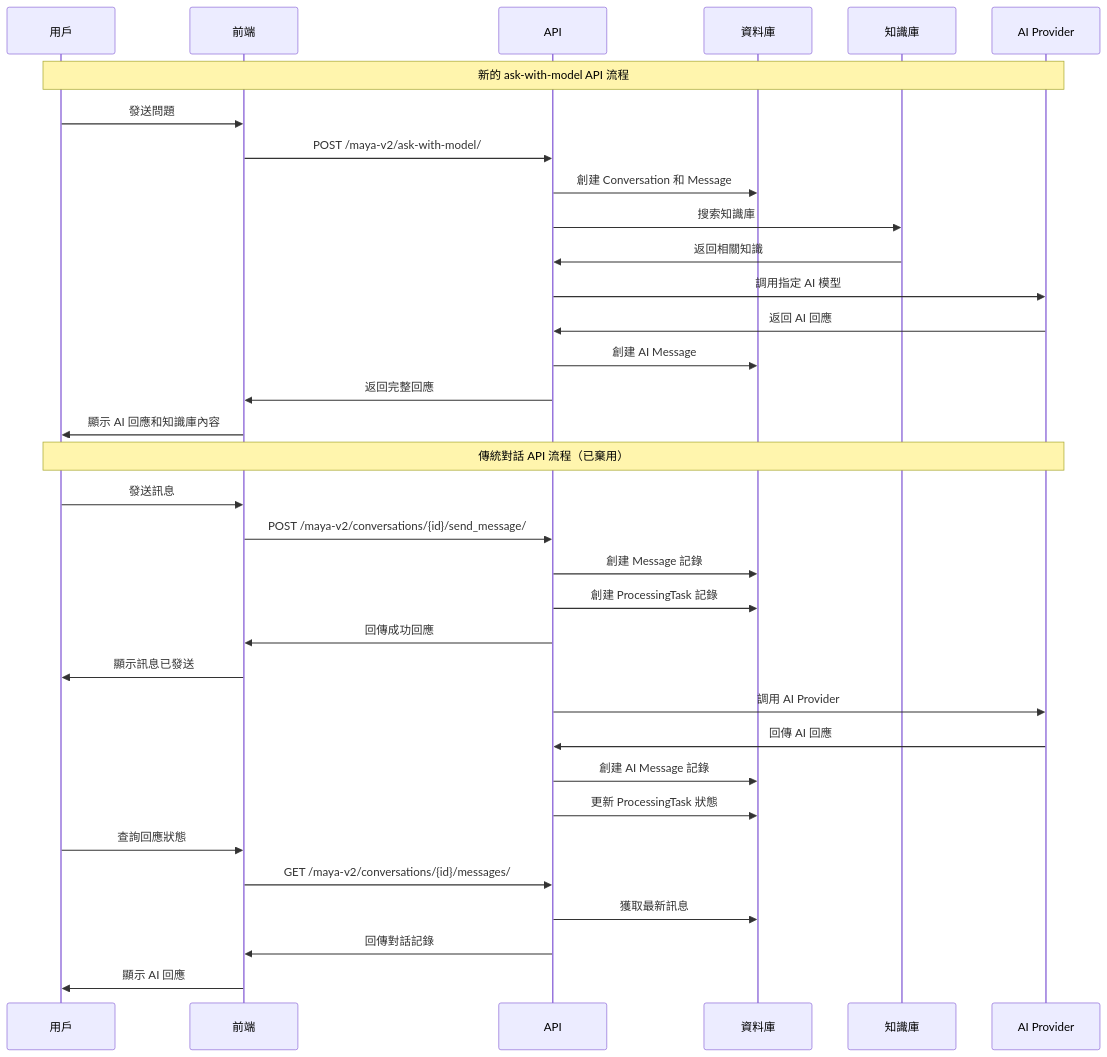
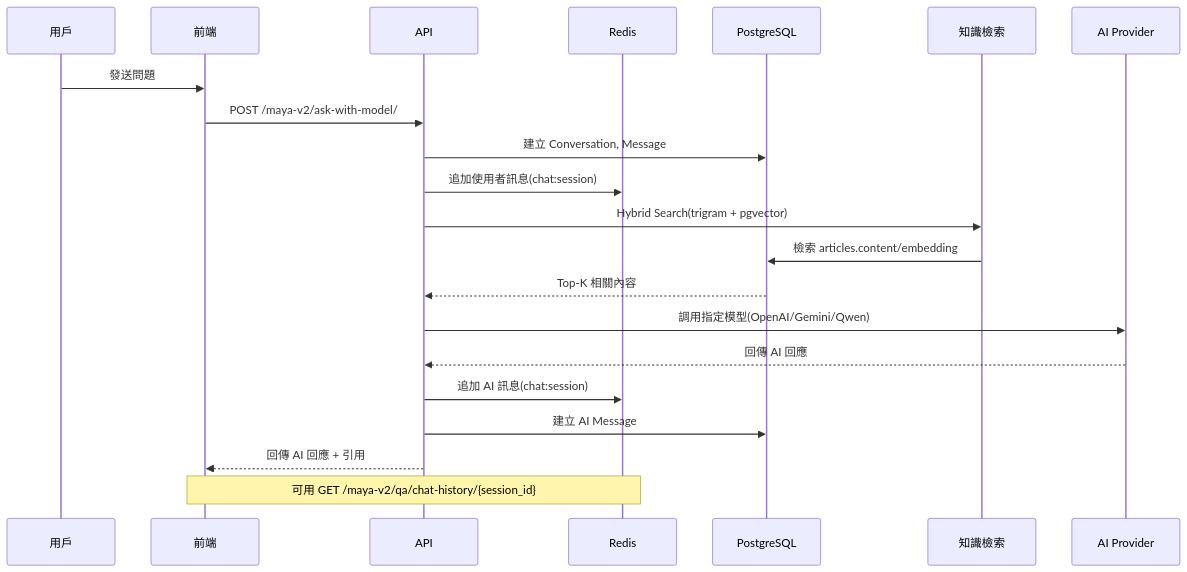
The second of 2 diagrams in README.md (Vinskao/maya-sawa-v2), drawn with Mermaid before and after one commit. The commit also changed other lines of this file, not shown here.

````diff
--- a/README.md
+++ b/README.md
@@ -217,42 +71,25 @@
 ```mermaid
 sequenceDiagram
     participant U as 用戶
     participant F as 前端
     participant A as API
-    participant DB as 資料庫
-    participant KM as 知識庫
+    participant R as Redis
+    participant DB as PostgreSQL
+    participant KM as 知識檢索
     participant AI as AI Provider
-    
-    Note over U,AI: 新的 ask-with-model API 流程
-    
+
     U->>F: 發送問題
     F->>A: POST /maya-v2/ask-with-model/
-    A->>DB: 創建 Conversation 和 Message
-    A->>KM: 搜索知識庫
-    KM->>A: 返回相關知識
-    A->>AI: 調用指定 AI 模型
-    AI->>A: 返回 AI 回應
-    A->>DB: 創建 AI Message
-    A->>F: 返回完整回應
-    F->>U: 顯示 AI 回應和知識庫內容
-    
-    Note over U,AI: 傳統對話 API 流程（已棄用）
-    
-    U->>F: 發送訊息
-    F->>A: POST /maya-v2/conversations/{id}/send_message/
-    A->>DB: 創建 Message 記錄
-    A->>DB: 創建 ProcessingTask 記錄
-    A->>F: 回傳成功回應
-    F->>U: 顯示訊息已發送
-    
-    A->>AI: 調用 AI Provider
-    AI->>A: 回傳 AI 回應
-    A->>DB: 創建 AI Message 記錄
-    A->>DB: 更新 ProcessingTask 狀態
-    
-    U->>F: 查詢回應狀態
-    F->>A: GET /maya-v2/conversations/{id}/messages/
-    A->>DB: 獲取最新訊息
-    A->>F: 回傳對話記錄
-    F->>U: 顯示 AI 回應
+    A->>DB: 建立 Conversation, Message
+    A->>R: 追加使用者訊息(chat:session)
+    A->>KM: Hybrid Search(trigram + pgvector)
+    KM->>DB: 檢索 articles.content/embedding
+    DB-->>A: Top-K 相關內容
+    A->>AI: 調用指定模型(OpenAI/Gemini/Qwen)
+    AI-->>A: 回傳 AI 回應
+    A->>R: 追加 AI 訊息(chat:session)
+    A->>DB: 建立 AI Message
+    A-->>F: 回傳 AI 回應 + 引用
+
+    Note over F,R: 可用 GET /maya-v2/qa/chat-history/{session_id}
 ```
````
